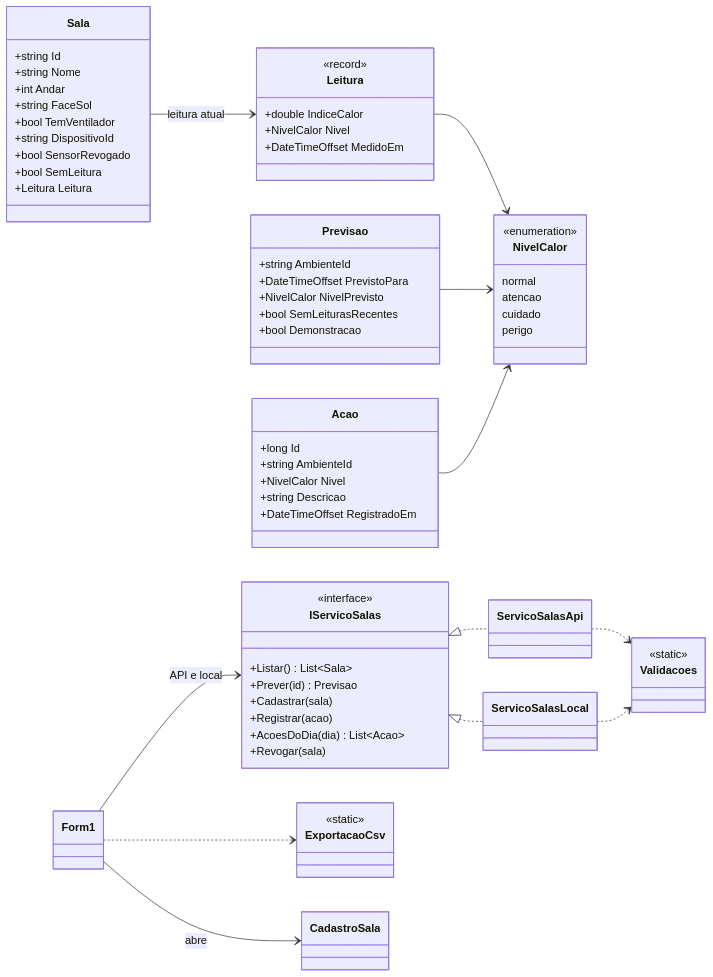
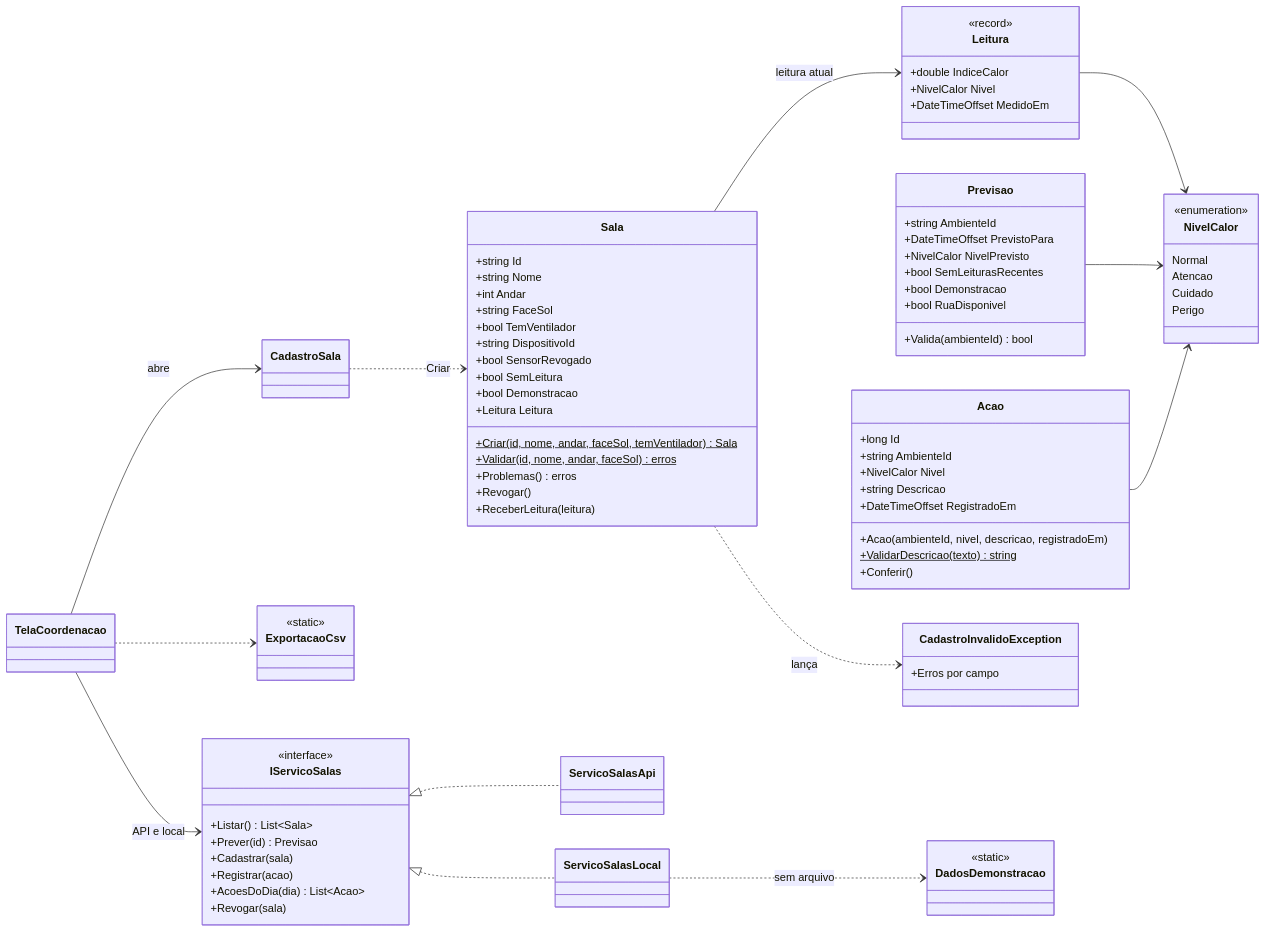
One commit to sbaecker2005/termometro-da-sala changed the diagram in desktop/README.md. Above: the diagram before and after it, drawn with Mermaid. The commit also changed other lines of this file and 31 other files, not shown here.

Commit message:
Desktop: dominio encapsulado (um arquivo por classe, fabricas, setters privados, enum com conversor), TelaCoordenacao com layout no Designer, icone e legenda, dados de exemplo rotulados DEMONSTRACAO

````diff
--- a/desktop/README.md
+++ b/desktop/README.md
@@ -111,10 +133,10 @@
     direction LR
     class NivelCalor {
         <<enumeration>>
-        normal
-        atencao
-        cuidado
-        perigo
+        Normal
+        Atencao
+        Cuidado
+        Perigo
     }
     class Sala {
         +string Id
@@ -125,7 +147,13 @@
         +string DispositivoId
         +bool SensorRevogado
         +bool SemLeitura
+        +bool Demonstracao
         +Leitura Leitura
+        +Criar(id, nome, andar, faceSol, temVentilador)$ Sala
+        +Validar(id, nome, andar, faceSol)$ erros
+        +Problemas() erros
+        +Revogar()
+        +ReceberLeitura(leitura)
     }
     class Leitura {
         <<record>>
@@ -139,6 +167,8 @@
         +NivelCalor NivelPrevisto
         +bool SemLeiturasRecentes
         +bool Demonstracao
+        +bool RuaDisponivel
+        +Valida(ambienteId) bool
     }
     class Acao {
         +long Id
@@ -146,6 +176,12 @@
         +NivelCalor Nivel
         +string Descricao
         +DateTimeOffset RegistradoEm
+        +Acao(ambienteId, nivel, descricao, registradoEm)
+        +ValidarDescricao(texto)$ string
+        +Conferir()
+    }
+    class CadastroInvalidoException {
+        +Erros por campo
     }
     class IServicoSalas {
         <<interface>>
@@ -158,24 +194,25 @@
     }
     class ServicoSalasApi
     class ServicoSalasLocal
-    class Validacoes {
+    class DadosDemonstracao {
         <<static>>
     }
     class ExportacaoCsv {
         <<static>>
     }
-    class Form1
+    class TelaCoordenacao
     class CadastroSala
 
     Sala --> Leitura : leitura atual
+    Sala ..> CadastroInvalidoException : lança
     Leitura --> NivelCalor
     Previsao --> NivelCalor
     Acao --> NivelCalor
     IServicoSalas <|.. ServicoSalasApi
     IServicoSalas <|.. ServicoSalasLocal
-    Form1 --> IServicoSalas : API e local
-    Form1 --> CadastroSala : abre
-    Form1 ..> ExportacaoCsv
-    ServicoSalasApi ..> Validacoes
-    ServicoSalasLocal ..> Validacoes
+    ServicoSalasLocal ..> DadosDemonstracao : sem arquivo
+    TelaCoordenacao --> IServicoSalas : API e local
+    TelaCoordenacao --> CadastroSala : abre
+    TelaCoordenacao ..> ExportacaoCsv
+    CadastroSala ..> Sala : Criar
 ```
````
